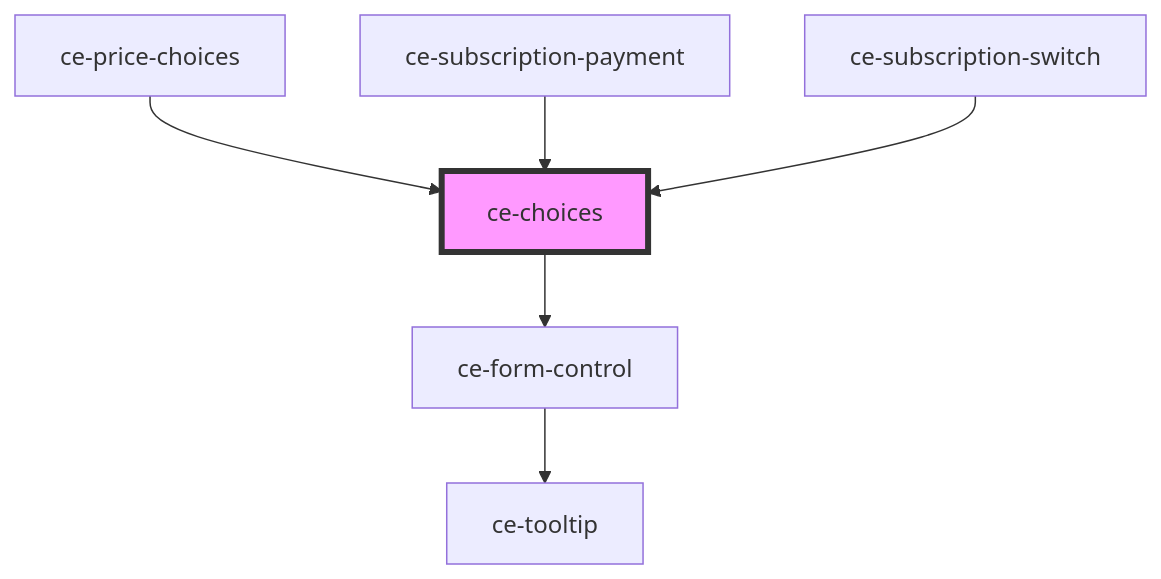
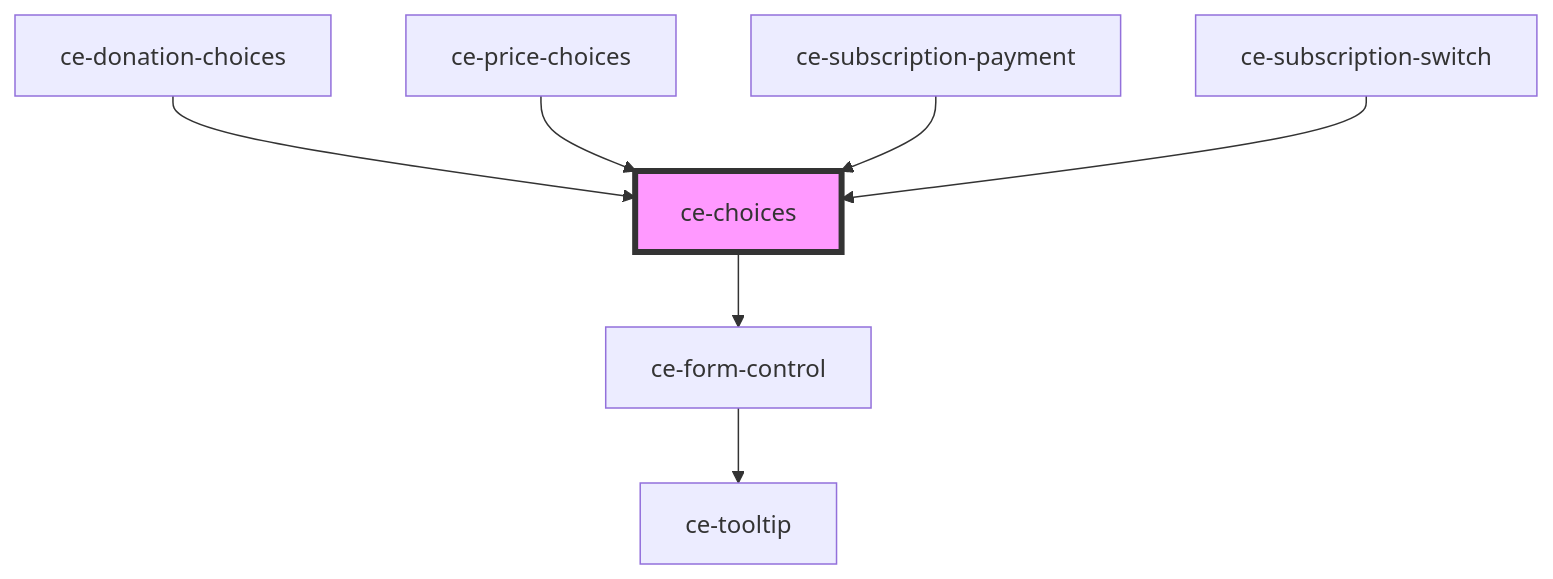
The diagram in packages/components/src/components/ui/choices/readme.md (surecart/surecart-wp-plugin), drawn with Mermaid before and after one commit. The commit also changed other lines of this file and 324 other files, not shown here.

````diff
--- a/packages/components/src/components/ui/choices/readme.md
+++ b/packages/components/src/components/ui/choices/readme.md
@@ -43,9 +45,10 @@
 ```mermaid
 graph TD;
   ce-choices --> ce-form-control
   ce-form-control --> ce-tooltip
+  ce-donation-choices --> ce-choices
   ce-price-choices --> ce-choices
   ce-subscription-payment --> ce-choices
   ce-subscription-switch --> ce-choices
   style ce-choices fill:#f9f,stroke:#333,stroke-width:4px
 ```
````
